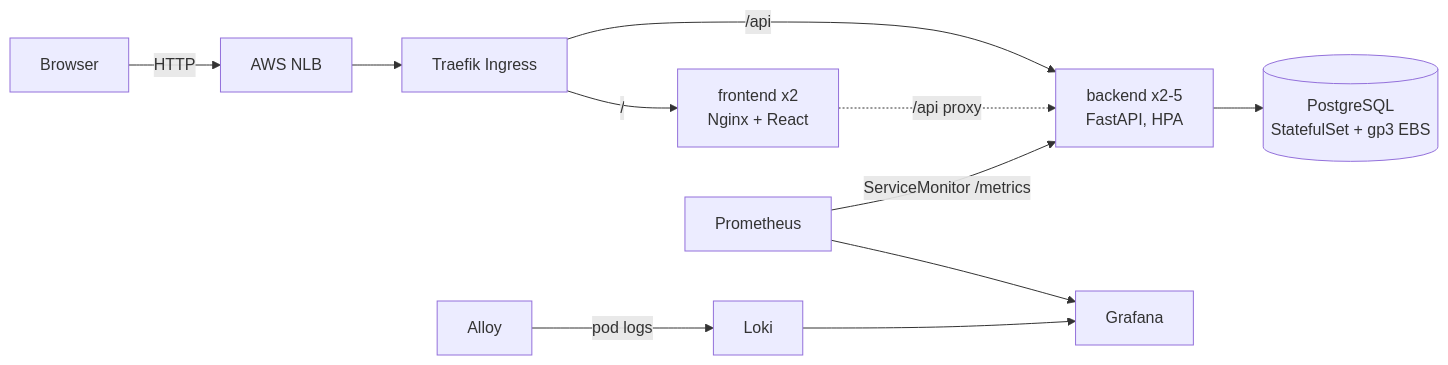
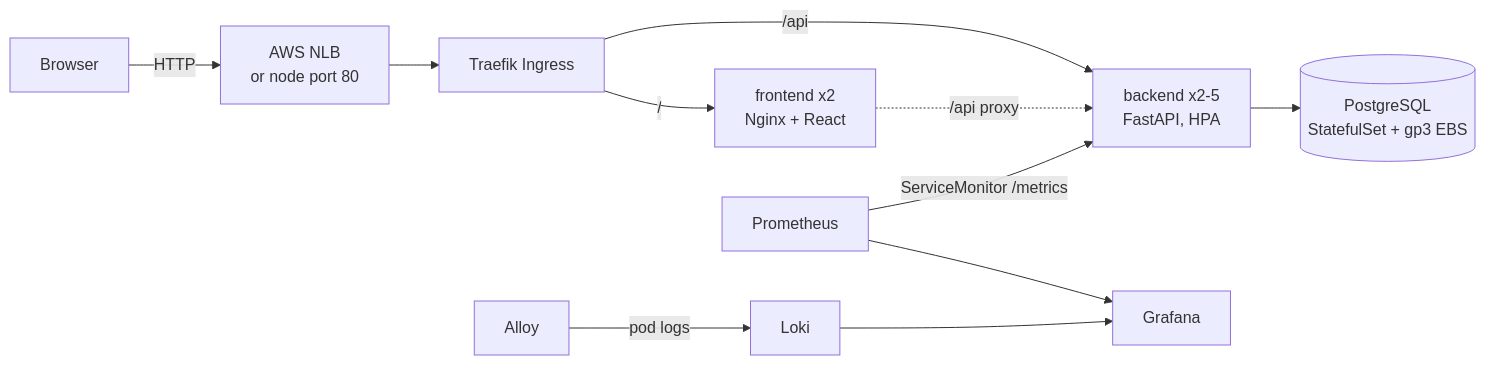
One commit to sanaa-duhh/Seatlock_Devops changed the first of 3 diagrams in docs/ARCHITECTURE.md. Above: the diagram before and after it, drawn with Mermaid. The commit also changed other lines of this file and 2 other files, not shown here.

Commit message:
Document ingress and deploy-auth modes and AWS account guardrails

````diff
--- a/docs/ARCHITECTURE.md
+++ b/docs/ARCHITECTURE.md
@@ -5,12 +5,12 @@
 ```mermaid
 flowchart LR
-    User[Browser] -->|HTTP| LB[AWS NLB]
+    User[Browser] -->|HTTP| LB[AWS NLB<br/>or node port 80]
     LB --> Traefik[Traefik Ingress]
     Traefik -->|/| FE[frontend x2<br/>Nginx + React]
     Traefik -->|/api| BE[backend x2-5<br/>FastAPI, HPA]
     FE -.->|/api proxy| BE
     BE --> PG[(PostgreSQL<br/>StatefulSet + gp3 EBS)]
     Prom[Prometheus] -->|ServiceMonitor /metrics| BE
     Prom --> Graf[Grafana]
     Alloy -->|pod logs| Loki --> Graf
 ```
````
